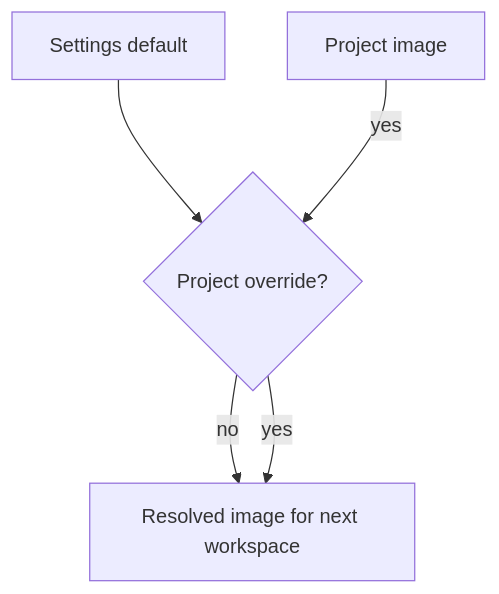
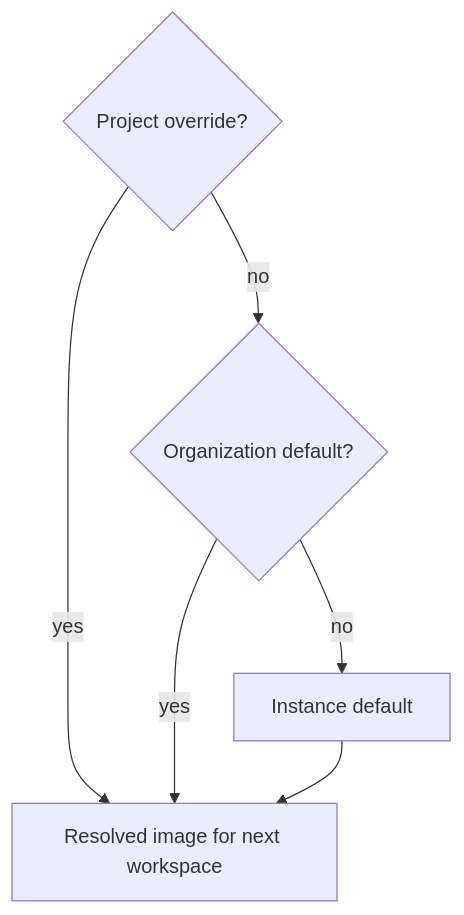
Before and after one commit to sealant-sh/mend: the diagram in apps/docs/src/content/docs/guides/workspace-images.md, drawn with Mermaid. The commit also changed other lines of this file and 19 other files, not shown here.

````diff
--- a/apps/docs/src/content/docs/guides/workspace-images.md
+++ b/apps/docs/src/content/docs/guides/workspace-images.md
@@ -104,12 +129,13 @@
 ```mermaid
 flowchart TD
-  default[Settings default]
-  override{Project override?}
-  project[Project image]
+  project{Project override?}
+  organization{Organization default?}
+  instance[Instance default]
   resolved[Resolved image for next workspace]
 
-  default --> override
-  override -->|no| resolved
-  project -->|yes| override
-  override -->|yes| resolved
+  project -->|yes| resolved
+  project -->|no| organization
+  organization -->|yes| resolved
+  organization -->|no| instance
+  instance --> resolved
 ```
````
